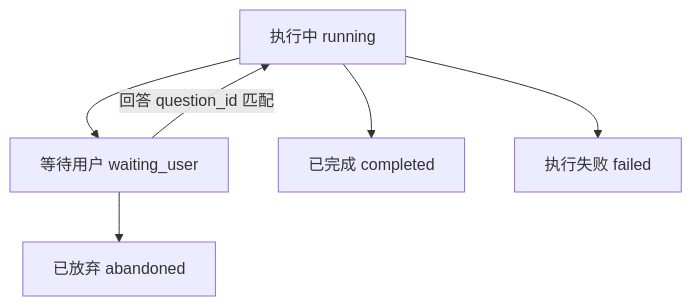
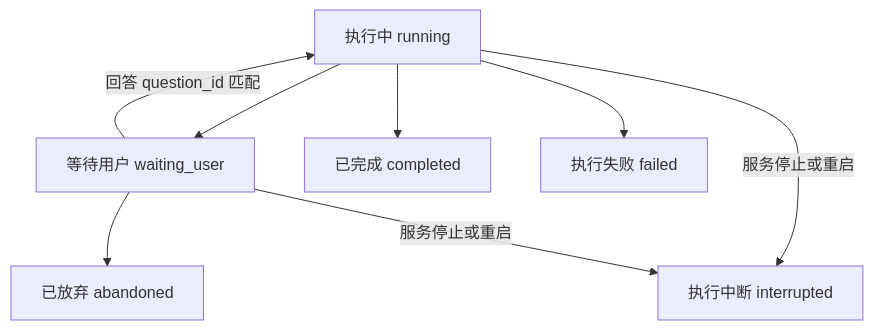
The diagram in docs/architecture/local_service.md (Kasensill/autonomous-atmospheric-research-agent), drawn with Mermaid before and after one commit. The commit also changed other lines of this file and 14 other files, not shown here.

````diff
--- a/docs/architecture/local_service.md
+++ b/docs/architecture/local_service.md
@@ -31,8 +31,10 @@
 ```mermaid
 flowchart TD
     running["执行中 running"] --> waiting_user["等待用户 waiting_user"]
     waiting_user -->|"回答 question_id 匹配"| running
     running --> completed["已完成 completed"]
     running --> failed["执行失败 failed"]
     waiting_user --> abandoned["已放弃 abandoned"]
+    running -->|"服务停止或重启"| interrupted["执行中断 interrupted"]
+    waiting_user -->|"服务停止或重启"| interrupted
 ```
````
